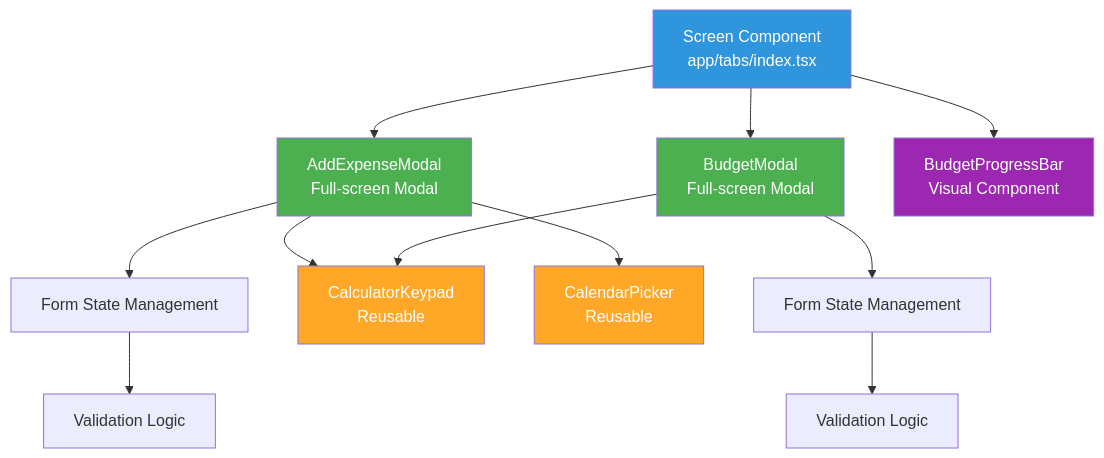
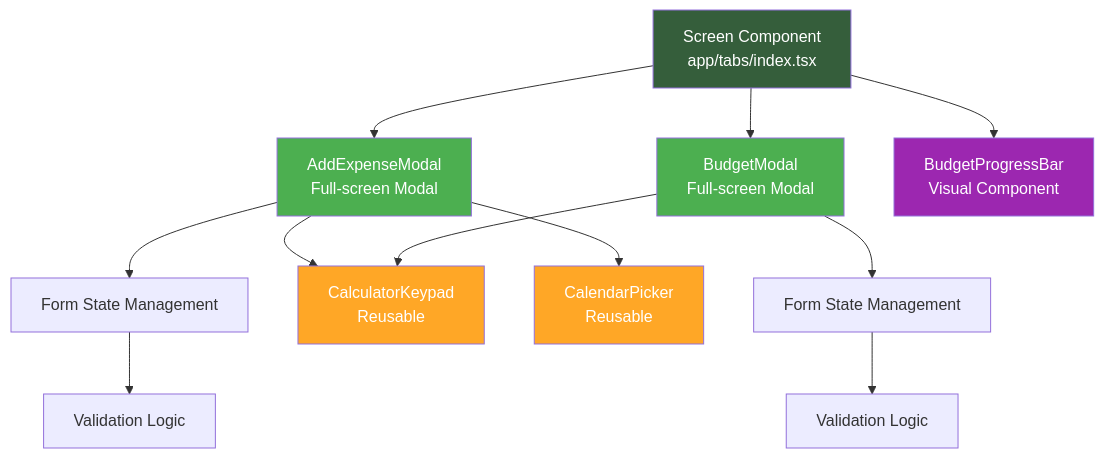
Before and after one commit to timhpark01/BasicBudget: the first of 4 diagrams in docs/04-component-development.mdx, drawn with Mermaid. The commit also changed other lines of this file and 43 other files, not shown here.

````diff
--- a/docs/04-component-development.mdx
+++ b/docs/04-component-development.mdx
@@ -30,25 +30,25 @@
 ```mermaid
 graph TD
     Screen[Screen Component<br/>app/tabs/index.tsx]
 
     Screen --> Modal1[AddExpenseModal<br/>Full-screen Modal]
     Screen --> Modal2[BudgetModal<br/>Full-screen Modal]
     Screen --> Visual[BudgetProgressBar<br/>Visual Component]
 
     Modal1 --> Form1[Form State Management]
     Modal1 --> Calc[CalculatorKeypad<br/>Reusable]
     Modal1 --> Cal[CalendarPicker<br/>Reusable]
 
     Modal2 --> Form2[Form State Management]
     Modal2 --> Calc
 
     Form1 --> Valid1[Validation Logic]
     Form2 --> Valid2[Validation Logic]
 
-    style Screen fill:#2f95dc,color:#fff
+    style Screen fill:#355e3b,color:#fff
     style Modal1 fill:#4CAF50,color:#fff
     style Modal2 fill:#4CAF50,color:#fff
     style Calc fill:#FFA726,color:#fff
     style Cal fill:#FFA726,color:#fff
     style Visual fill:#9C27B0,color:#fff
 ```
````
